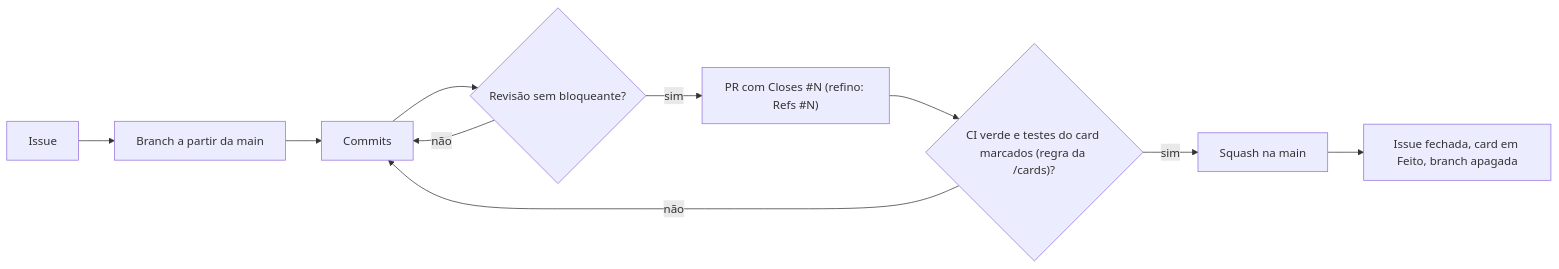
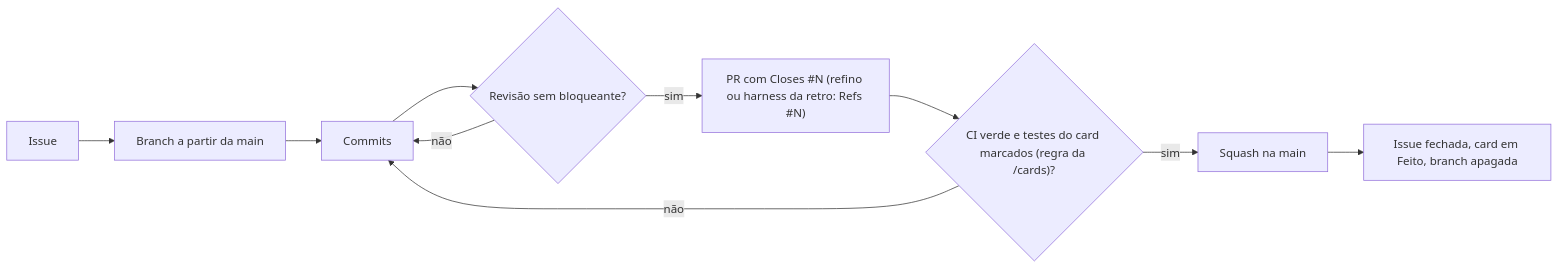
The diagram in docs/conventions.md (betoth/cantina), drawn with Mermaid before and after one commit. The commit also changed other lines of this file and 4 other files, not shown here.

Commit message:
feat(harness): apply UC-OPER-01 refine retro fixes (#27)

````diff
--- a/docs/conventions.md
+++ b/docs/conventions.md
@@ -26,12 +26,12 @@
 ```mermaid
 flowchart LR
     A[Issue] --> B[Branch a partir da main]
     B --> C[Commits]
     C --> R{Revisão sem bloqueante?}
     R -- não --> C
-    R -- sim --> D["PR com Closes #N (refino: Refs #N)"]
+    R -- sim --> D["PR com Closes #N (refino ou harness da retro: Refs #N)"]
     D --> E{"CI verde e testes do card marcados (regra da /cards)?"}
     E -- não --> C
     E -- sim --> F[Squash na main]
     F --> G[Issue fechada, card em Feito, branch apagada]
 ```
````
